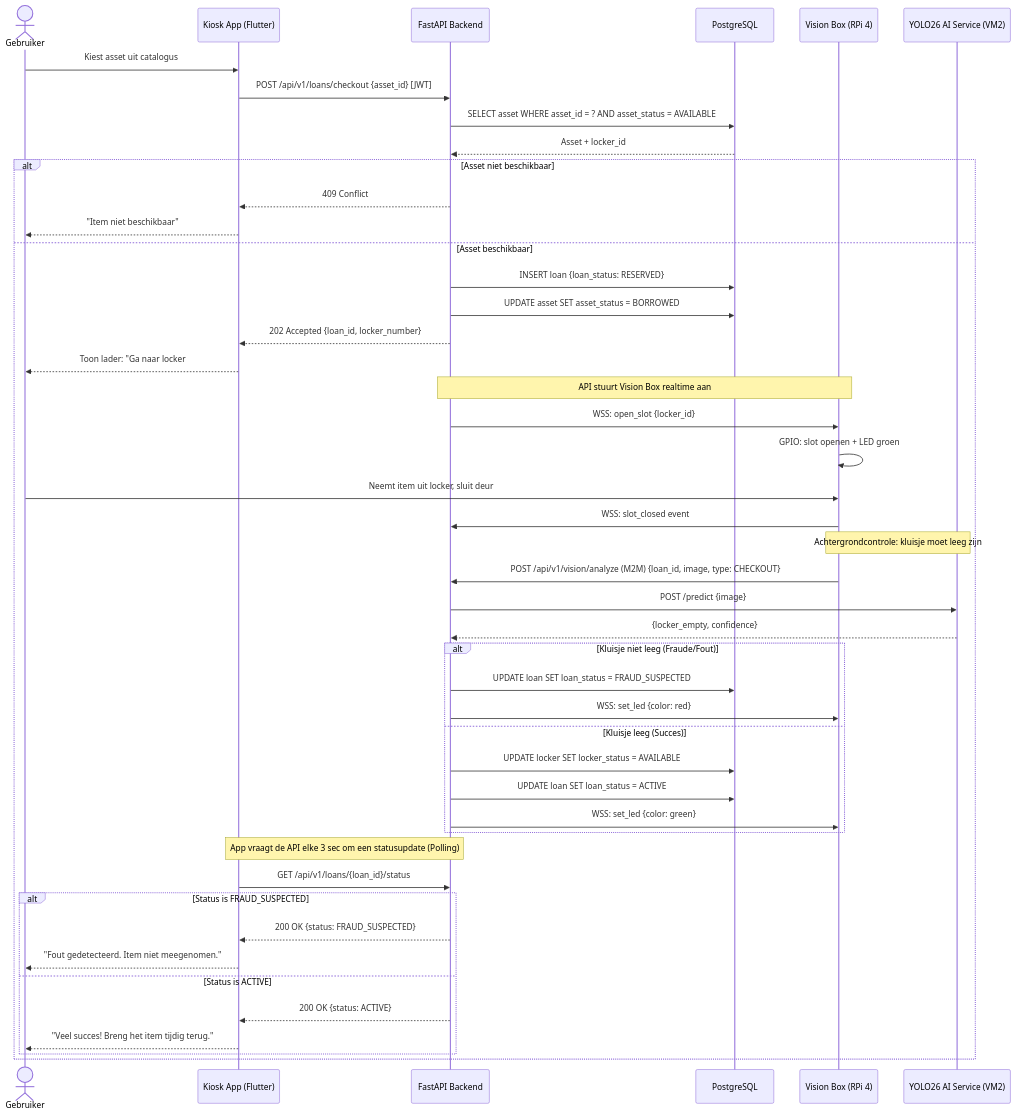
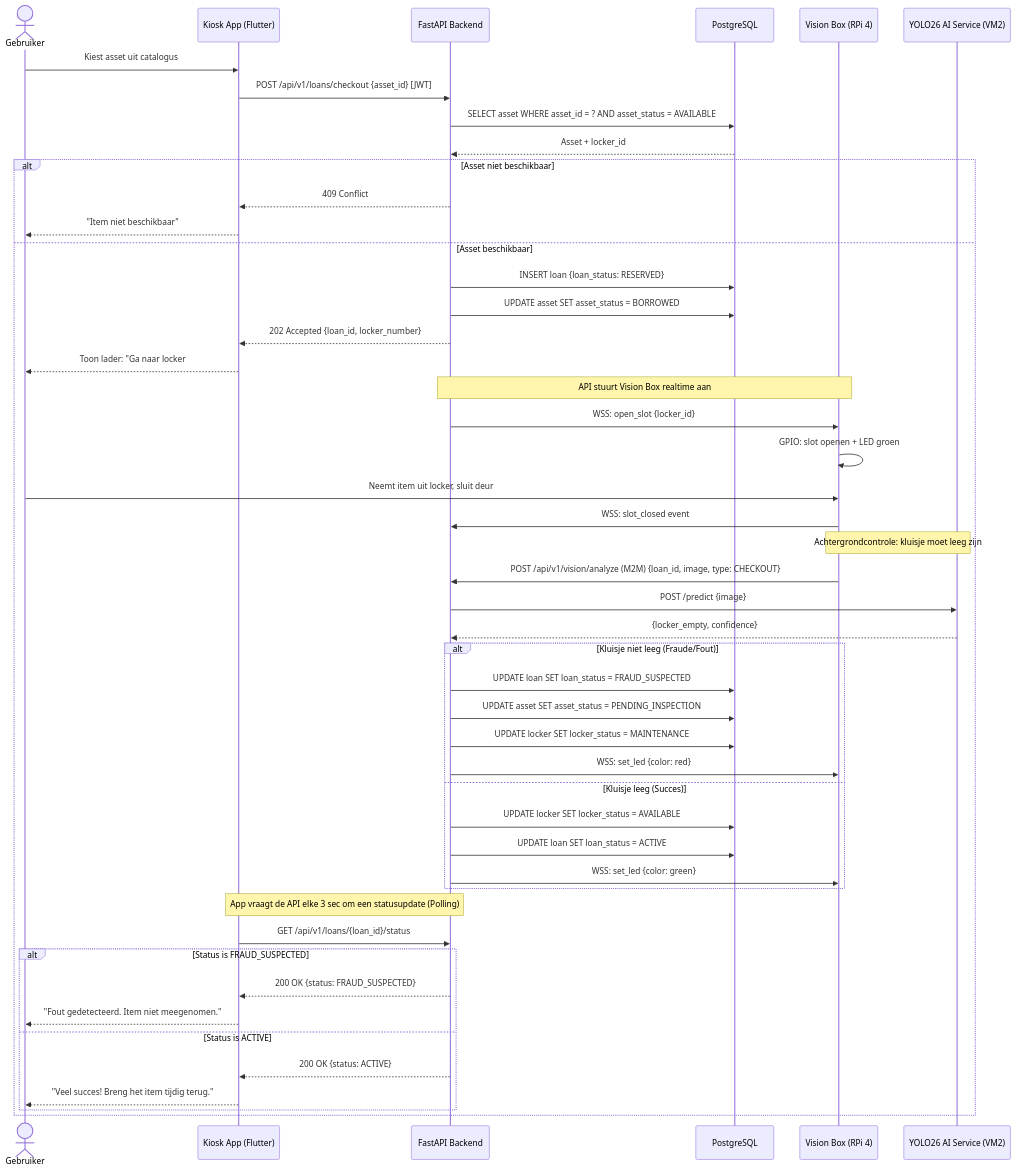
The second of 4 diagrams in docs/workflows.md (easylend-practice-enterprise/easylend), drawn with Mermaid before and after one commit. The commit also changed other lines of this file and 2 other files, not shown here.

Commit message:
docs: fix fraud rollback logic to quarantine asset/locker and align polling labels

````diff
--- a/docs/workflows.md
+++ b/docs/workflows.md
@@ -69,57 +69,59 @@
 ```mermaid
 sequenceDiagram
     actor User as Gebruiker
     participant App as Kiosk App (Flutter)
     participant API as FastAPI Backend
     participant DB as PostgreSQL
     participant VB as Vision Box (RPi 4)
     participant AI as YOLO26 AI Service (VM2)
 
     User->>App: Kiest asset uit catalogus
     App->>API: POST /api/v1/loans/checkout {asset_id} [JWT]
     API->>DB: SELECT asset WHERE asset_id = ? AND asset_status = AVAILABLE
     DB-->>API: Asset + locker_id
 
     alt Asset niet beschikbaar
         API-->>App: 409 Conflict
         App-->>User: "Item niet beschikbaar"
     else Asset beschikbaar
         API->>DB: INSERT loan {loan_status: RESERVED}
         API->>DB: UPDATE asset SET asset_status = BORROWED
         API-->>App: 202 Accepted {loan_id, locker_number}
         App-->>User: Toon lader: "Ga naar locker #N"
 
         Note over API,VB: API stuurt Vision Box realtime aan
         API->>VB: WSS: open_slot {locker_id}
         VB->>VB: GPIO: slot openen + LED groen
 
         User->>VB: Neemt item uit locker, sluit deur
         VB->>API: WSS: slot_closed event
 
         Note over VB,AI: Achtergrondcontrole: kluisje moet leeg zijn
         VB->>API: POST /api/v1/vision/analyze (M2M) {loan_id, image, type: CHECKOUT}
         API->>AI: POST /predict {image}
         AI-->>API: {locker_empty, confidence}
 
         alt Kluisje niet leeg (Fraude/Fout)
             API->>DB: UPDATE loan SET loan_status = FRAUD_SUSPECTED
+            API->>DB: UPDATE asset SET asset_status = PENDING_INSPECTION
+            API->>DB: UPDATE locker SET locker_status = MAINTENANCE
             API->>VB: WSS: set_led {color: red}
         else Kluisje leeg (Succes)
             API->>DB: UPDATE locker SET locker_status = AVAILABLE
             API->>DB: UPDATE loan SET loan_status = ACTIVE
             API->>VB: WSS: set_led {color: green}
         end
 
         Note over App,API: App vraagt de API elke 3 sec om een statusupdate (Polling)
         App->>API: GET /api/v1/loans/{loan_id}/status
         
         alt Status is FRAUD_SUSPECTED
             API-->>App: 200 OK {status: FRAUD_SUSPECTED}
             App-->>User: "Fout gedetecteerd. Item niet meegenomen."
         else Status is ACTIVE
             API-->>App: 200 OK {status: ACTIVE}
             App-->>User: "Veel succes! Breng het item tijdig terug."
         end
     end
 
 ```
````
